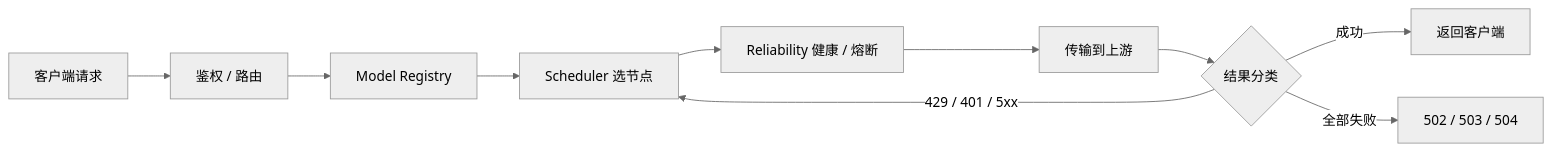
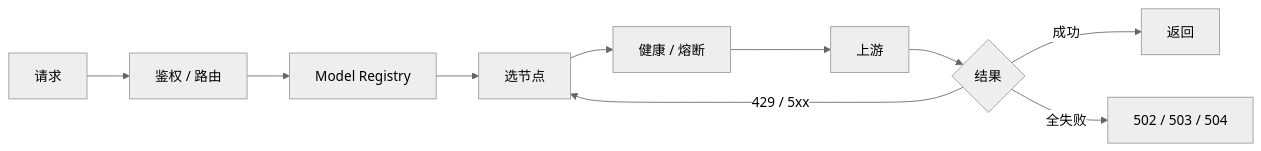
Before and after one commit to fongap/ai-gateway: the diagram in README.md, drawn with Mermaid (neutral theme). The commit also changed other lines of this file and 3 other files, not shown here.

First line of the commit message:
docs: restyle README landing page and sync architecture/config docs

````diff
--- a/README.md
+++ b/README.md
@@ -43,12 +21,12 @@
 ```mermaid
 flowchart LR
-    A[客户端请求] --> B[鉴权 / 路由]
+    A[请求] --> B[鉴权 / 路由]
     B --> C[Model Registry]
-    C --> D[Scheduler 选节点]
-    D --> E[Reliability 健康 / 熔断]
-    E --> F[传输到上游]
-    F --> G{结果分类}
-    G -- 成功 --> H[返回客户端]
-    G -- 429 / 401 / 5xx --> D
-    G -- 全部失败 --> I[502 / 503 / 504]
+    C --> D[选节点]
+    D --> E[健康 / 熔断]
+    E --> F[上游]
+    F --> G{结果}
+    G -- 成功 --> H[返回]
+    G -- 429 / 5xx --> D
+    G -- 全失败 --> I[502 / 503 / 504]
 ```
````
